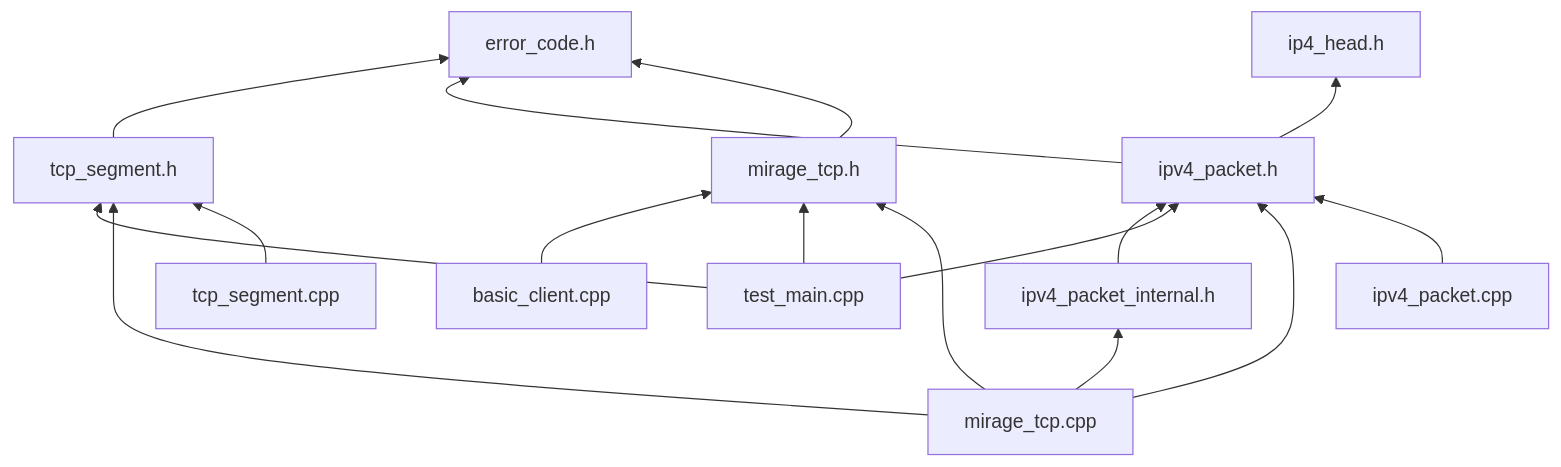
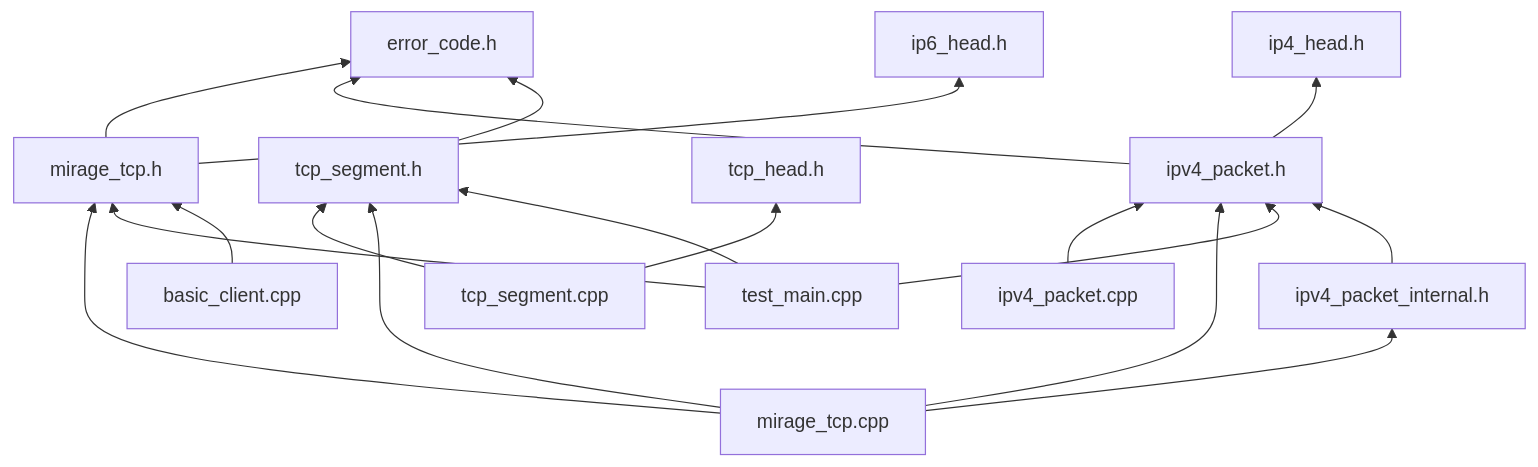
One commit to yin-hai-bo/mirage-tcp changed the diagram in docs/dependency-graph.md. Above: the diagram before and after it, drawn with Mermaid. The commit also changed other lines of this file and 5 other files, not shown here.

````diff
--- a/docs/dependency-graph.md
+++ b/docs/dependency-graph.md
@@ -11,22 +11,24 @@
 ```mermaid
 graph BT
     H["ipv4_packet.cpp"] --> B["ipv4_packet.h"]
     I["tcp_segment.cpp"] --> C["tcp_segment.h"]
+    I --> L["tcp_head.h"]
     F["mirage_tcp.cpp"] --> A["mirage_tcp.h"]
     F --> B
     F --> C
     F --> G["ipv4_packet_internal.h"]
 
     J["test_main.cpp"] --> A
     J --> B
     J --> C
 
     K["basic_client.cpp"] --> A
 
     G --> B
 
     A --> D["error_code.h"]
+    A --> M["ip6_head.h"]
     B --> D
     B --> E["ip4_head.h"]
     C --> D
 ```
````
